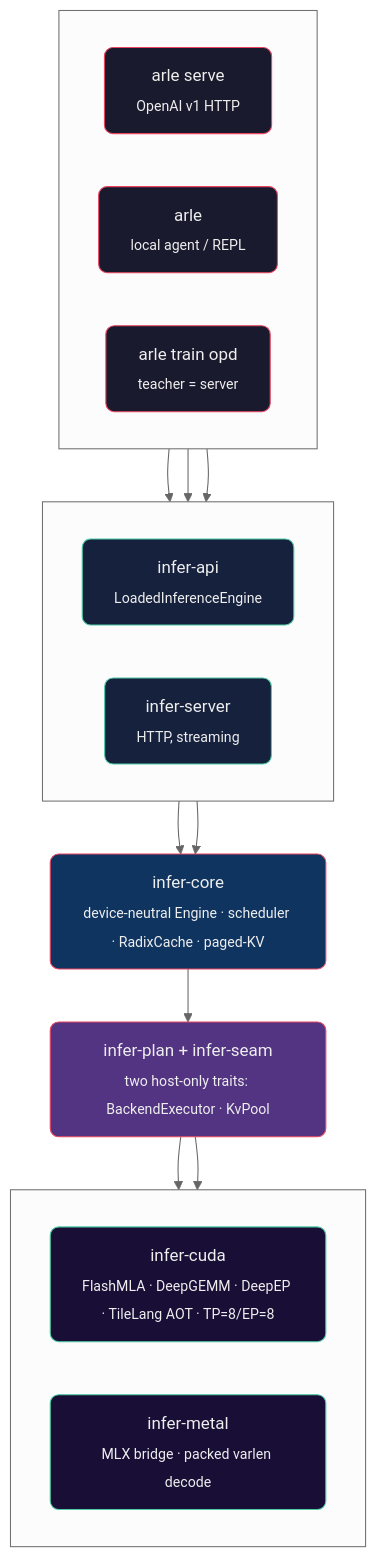
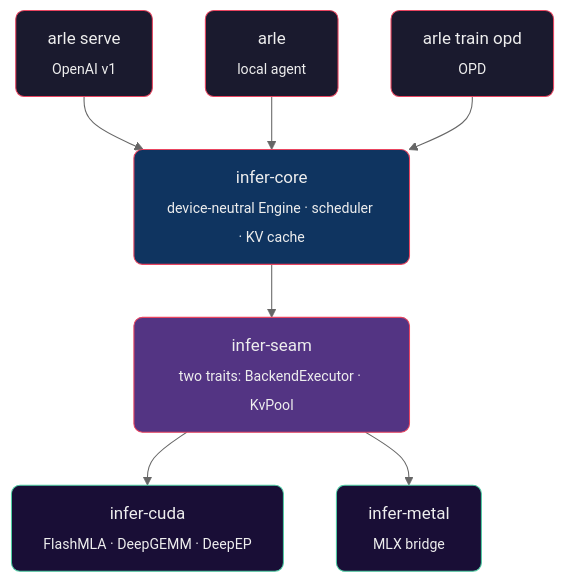
Before and after one commit to acupof-ai/arle: the diagram in README.md, drawn with Mermaid (neutral theme). The commit also changed other lines of this file and 1 other file, not shown here.

Commit message:
docs: simplify README architecture diagrams — smaller, fewer nodes
Collapse the three subgraphs and the separate infer-api/infer-server layer
into a clean 4-row flow (surfaces → core → seam → backends). Shorter labels,
no subgraph boxes, one less color class. EN + ZH synced.

````diff
--- a/README.md
+++ b/README.md
@@ -147,46 +147,30 @@
 ```mermaid
 flowchart TB
   classDef entry fill:#1a1a2e,stroke:#e94560,color:#eee,rx:8,ry:8
-  classDef serve fill:#16213e,stroke:#4ecca3,color:#eee,rx:8,ry:8
   classDef core fill:#0f3460,stroke:#e94560,color:#eee,rx:8,ry:8
   classDef seam fill:#533483,stroke:#e94560,color:#eee,rx:8,ry:8
   classDef exec fill:#190e36,stroke:#4ecca3,color:#eee,rx:8,ry:8
 
-  subgraph S1[" "]
-    direction LR
-    Serve["arle serve<br/><sub>OpenAI v1 HTTP</sub>"]
-    Agent["arle<br/><sub>local agent / REPL</sub>"]
-    Train["arle train opd<br/><sub>teacher = server</sub>"]
-  end
+  Serve["arle serve<br/><sub>OpenAI v1</sub>"]
+  Agent["arle<br/><sub>local agent</sub>"]
+  Train["arle train opd<br/><sub>OPD</sub>"]
 
-  subgraph S2[" "]
-    direction LR
-    API["infer-api<br/><sub>LoadedInferenceEngine</sub>"]
-    Server["infer-server<br/><sub>HTTP, streaming</sub>"]
-  end
+  Core["infer-core<br/><sub>device-neutral Engine · scheduler · KV cache</sub>"]
 
-  Core["infer-core<br/><sub>device-neutral Engine · scheduler · RadixCache · paged-KV</sub>"]
+  Seam["infer-seam<br/><sub>two traits: BackendExecutor · KvPool</sub>"]
 
-  Seam["infer-plan + infer-seam<br/><sub>two host-only traits: BackendExecutor · KvPool</sub>"]
+  CUDA["infer-cuda<br/><sub>FlashMLA · DeepGEMM · DeepEP</sub>"]
+  Metal["infer-metal<br/><sub>MLX bridge</sub>"]
 
-  subgraph S3[" "]
-    direction LR
-    CUDA["infer-cuda<br/><sub>FlashMLA · DeepGEMM · DeepEP · TileLang AOT · TP=8/EP=8</sub>"]
-    Metal["infer-metal<br/><sub>MLX bridge · packed varlen decode</sub>"]
-  end
-
-  Serve --> Server
-  Agent --> API
-  Train --> API
-  Server --> Core
-  API --> Core
+  Serve --> Core
+  Agent --> Core
+  Train --> Core
   Core --> Seam
   Seam --> CUDA
   Seam --> Metal
 
   class Serve,Agent,Train entry
-  class API,Server serve
   class Core core
   class Seam seam
   class CUDA,Metal exec
 ```
````
